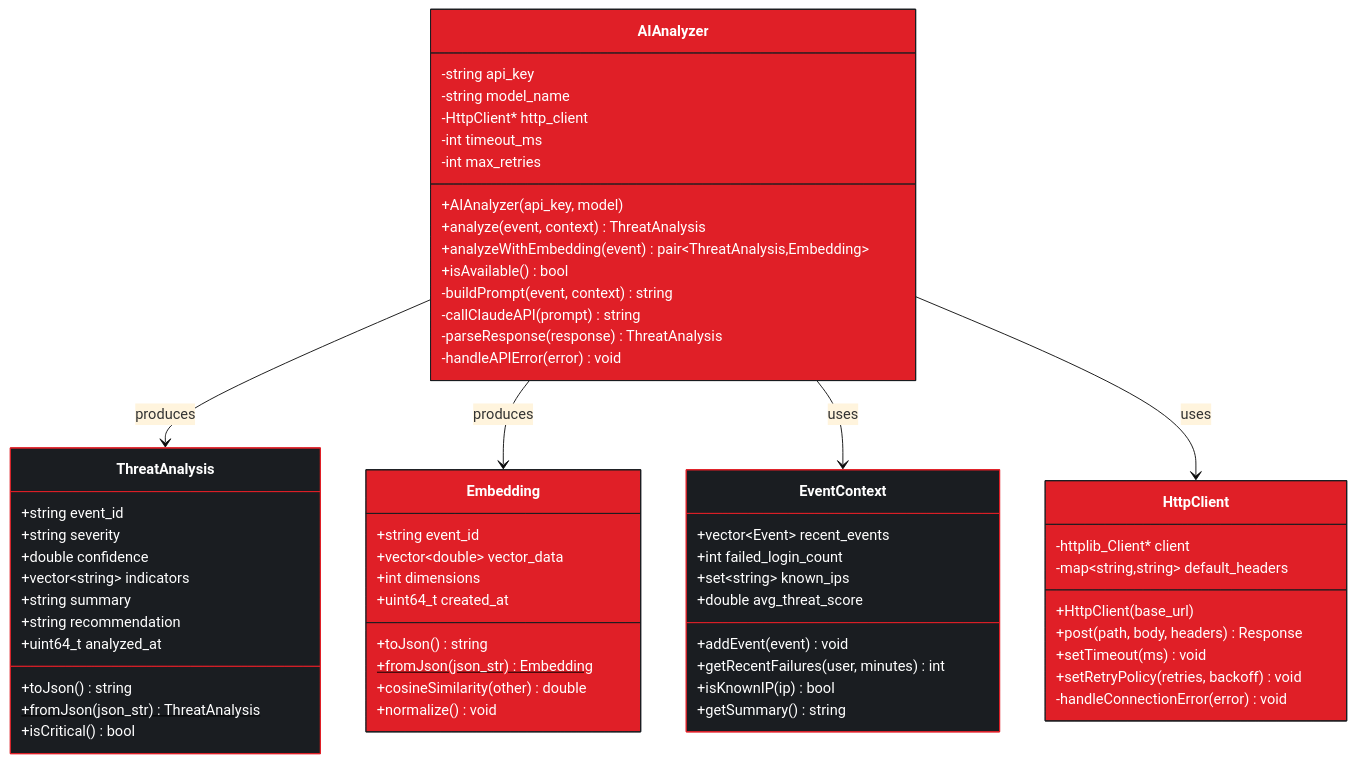
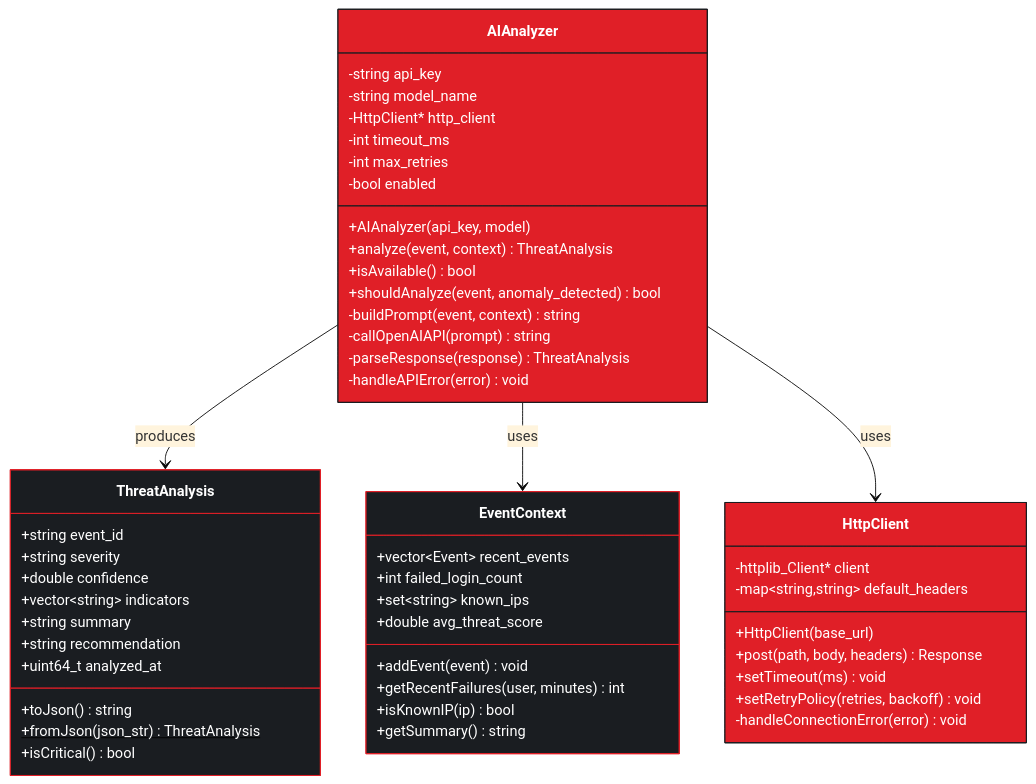
One commit to joselor/streamguard changed the fourth of 11 diagrams in docs/final/diagrams/CLASS_DIAGRAMS.md. Above: the diagram before and after it, drawn with Mermaid (base theme). The commit also changed other lines of this file and 14 other files, not shown here.

````diff
--- a/docs/final/diagrams/CLASS_DIAGRAMS.md
+++ b/docs/final/diagrams/CLASS_DIAGRAMS.md
@@ -212,74 +212,63 @@
 ```mermaid
 classDiagram
     class AIAnalyzer {
         -string api_key
         -string model_name
         -HttpClient* http_client
         -int timeout_ms
         -int max_retries
+        -bool enabled
         +AIAnalyzer(api_key, model)
         +analyze(event, context) ThreatAnalysis
-        +analyzeWithEmbedding(event) pair~ThreatAnalysis,Embedding~
         +isAvailable() bool
+        +shouldAnalyze(event, anomaly_detected) bool
         -buildPrompt(event, context) string
-        -callClaudeAPI(prompt) string
+        -callOpenAIAPI(prompt) string
         -parseResponse(response) ThreatAnalysis
         -handleAPIError(error) void
     }
 
     class ThreatAnalysis {
         +string event_id
         +string severity
         +double confidence
         +vector~string~ indicators
         +string summary
         +string recommendation
         +uint64_t analyzed_at
         +toJson() string
         +fromJson(json_str) ThreatAnalysis$
         +isCritical() bool
     }
 
-    class Embedding {
-        +string event_id
-        +vector~double~ vector_data
-        +int dimensions
-        +uint64_t created_at
-        +toJson() string
-        +fromJson(json_str) Embedding$
-        +cosineSimilarity(other) double
-        +normalize() void
-    }
 
     class EventContext {
         +vector~Event~ recent_events
         +int failed_login_count
         +set~string~ known_ips
         +double avg_threat_score
         +addEvent(event) void
         +getRecentFailures(user, minutes) int
         +isKnownIP(ip) bool
         +getSummary() string
     }
 
     class HttpClient {
         -httplib_Client* client
         -map~string,string~ default_headers
         +HttpClient(base_url)
         +post(path, body, headers) Response
         +setTimeout(ms) void
         +setRetryPolicy(retries, backoff) void
         -handleConnectionError(error) void
     }
 
     AIAnalyzer --> ThreatAnalysis : produces
-    AIAnalyzer --> Embedding : produces
     AIAnalyzer --> EventContext : uses
     AIAnalyzer --> HttpClient : uses
 
     style AIAnalyzer fill:#E01F27,stroke:#1A1D21,color:#fff
     style ThreatAnalysis fill:#1A1D21,stroke:#E01F27,color:#fff
-    style Embedding fill:#E01F27,stroke:#1A1D21,color:#fff
     style EventContext fill:#1A1D21,stroke:#E01F27,color:#fff
     style HttpClient fill:#E01F27,stroke:#1A1D21,color:#fff
 ```
````
